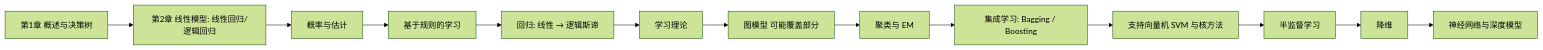
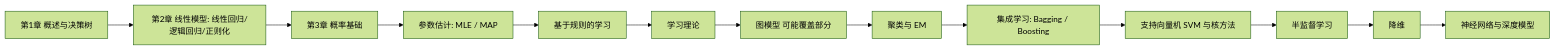
One commit to KayeAdams515/ClaudeNotes changed the diagram in 机器学习/机器学习课程 MOC.md. Above: the diagram before and after it, drawn with Mermaid (forest theme). The commit also changed other lines of this file and 74 other files, not shown here.

````diff
--- a/机器学习/机器学习课程 MOC.md
+++ b/机器学习/机器学习课程 MOC.md
@@ -36,15 +40,15 @@
 ```mermaid
 flowchart LR
-    A[第1章 概述与决策树] --> A2[第2章 线性模型: 线性回归/逻辑回归]
-    A2 --> B[概率与估计]
-    B --> C[基于规则的学习]
-    C --> D[回归: 线性 → 逻辑斯谛]
+    A[第1章 概述与决策树] --> A2[第2章 线性模型: 线性回归/逻辑回归/正则化]
+    A2 --> B[第3章 概率基础]
+    B --> C[参数估计: MLE / MAP]
+    C --> D[基于规则的学习]
     D --> E[学习理论]
     E --> F[图模型 可能覆盖部分]
     F --> G[聚类与 EM]
     G --> H[集成学习: Bagging / Boosting]
     H --> I[支持向量机 SVM 与核方法]
     I --> J[半监督学习]
     J --> K[降维]
     K --> L[神经网络与深度模型]
 ```
````
